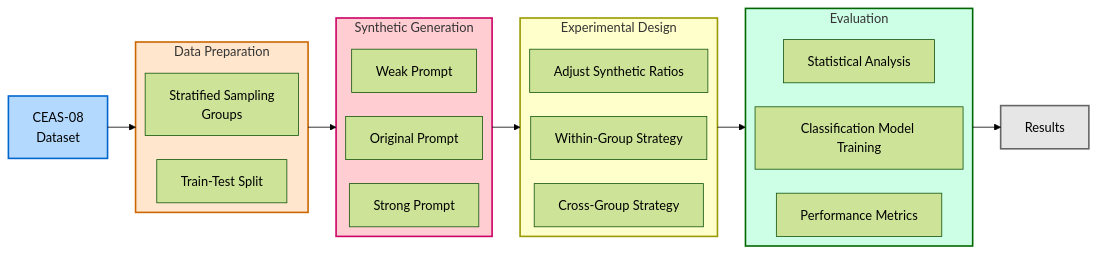
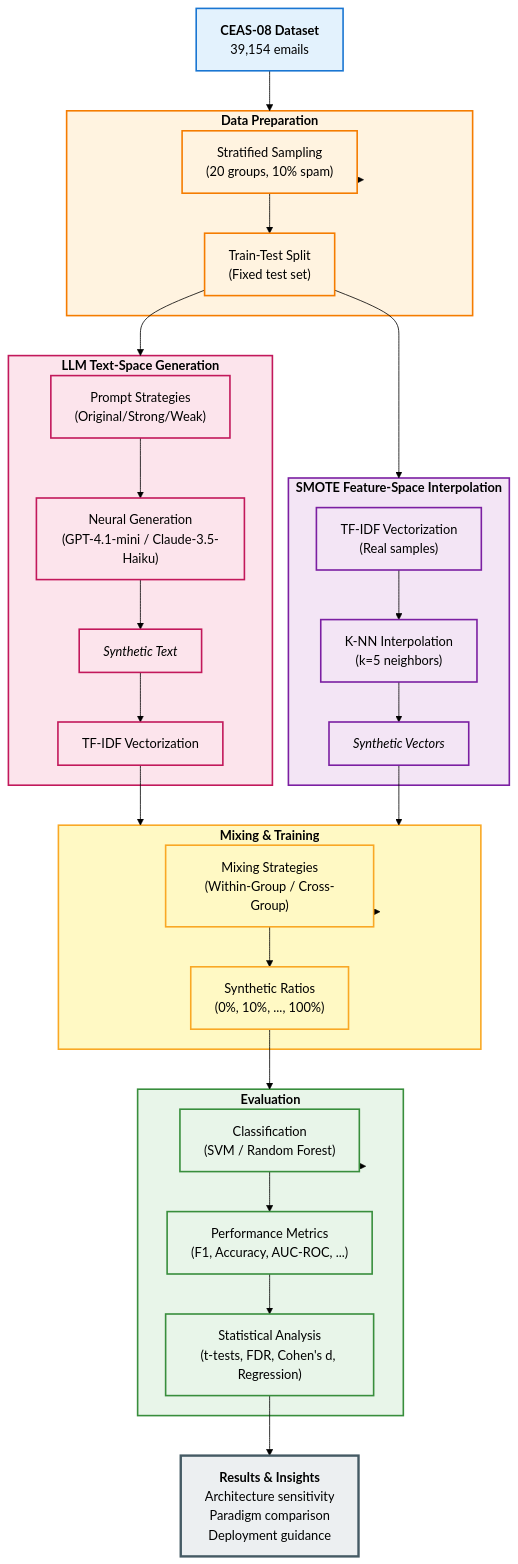
The diagram in paper/flowchart.md (knowledgeivy/cyberdatagen), drawn with Mermaid (forest theme) before and after one commit. The commit also changed other lines of this file, not shown here.

Commit message:
update flowchart

````diff
--- a/paper/flowchart.md
+++ b/paper/flowchart.md
@@ -5,38 +5,69 @@
 ```mermaid
----
-config:
-  layout: elk
----
-flowchart LR
- subgraph B["Data Preparation"]
-        B1["Stratified Sampling<br>Groups"]
-        B2["Train-Test Split"]
-  end
- subgraph C["Synthetic Generation"]
-        C1["Original Prompt"]
-        C2["Strong Prompt"]
-        C3["Weak Prompt"]
-  end
- subgraph D["Experimental Design"]
-        D1["Within-Group Strategy"]
-        D2["Cross-Group Strategy"]
-        D3["Adjust Synthetic Ratios"]
-  end
- subgraph E["Evaluation"]
-        E1["Classification Model Training<br>"]
-        E2["Performance Metrics"]
-        E3["Statistical Analysis"]
-  end
-    A["CEAS-08<br>Dataset"] --> B
-    B --> C
-    C --> D
-    D --> E
-    E --> F["Results"]
-    style A fill:#b3d9ff,stroke:#0066cc,stroke-width:2px
-    style B fill:#ffe6cc,stroke:#cc6600,stroke-width:2px
-    style C fill:#FFCDD2,stroke:#cc0066,stroke-width:2px
-    style D fill:#ffffcc,stroke:#999900,stroke-width:2px
-    style E fill:#ccffe6,stroke:#006600,stroke-width:2px
-    style F fill:#e6e6e6,stroke:#666666,stroke-width:2px
+flowchart TB
+    %% Data Source
+    A["<b>CEAS-08 Dataset</b><br/>39,154 emails"]
 
+    %% Data Preparation
+    subgraph Prep["<b>Data Preparation</b>"]
+        B1["Stratified Sampling<br/>(20 groups, 10% spam)"]
+        B2["Train-Test Split<br/>(Fixed test set)"]
+    end
+
+    %% Two Parallel Paths
+    subgraph LLM["<b>LLM Text-Space Generation</b>"]
+        C1["Prompt Strategies<br/>(Original/Strong/Weak)"]
+        C2["Neural Generation<br/>(GPT-4.1-mini / Claude-3.5-Haiku)"]
+        C3["<i>Synthetic Text</i>"]
+        C4["TF-IDF Vectorization"]
+    end
+
+    subgraph SMOTE["<b>SMOTE Feature-Space Interpolation</b>"]
+        D1["TF-IDF Vectorization<br/>(Real samples)"]
+        D2["K-NN Interpolation<br/>(k=5 neighbors)"]
+        D3["<i>Synthetic Vectors</i>"]
+    end
+
+    %% Mixing and Evaluation
+    subgraph Mix["<b>Mixing & Training</b>"]
+        E1["Mixing Strategies<br/>(Within-Group / Cross-Group)"]
+        E2["Synthetic Ratios<br/>(0%, 10%, ..., 100%)"]
+    end
+
+    subgraph Eval["<b>Evaluation</b>"]
+        F1["Classification<br/>(SVM / Random Forest)"]
+        F2["Performance Metrics<br/>(F1, Accuracy, AUC-ROC, ...)"]
+        F3["Statistical Analysis<br/>(t-tests, FDR, Cohen's d, Regression)"]
+    end
+
+    G["<b>Results & Insights</b><br/>Architecture sensitivity<br/>Paradigm comparison<br/>Deployment guidance"]
+
+    %% Flow connections
+    A --> Prep
+    Prep --> B1 --> B2
+
+    B2 --> LLM
+    B2 --> SMOTE
+
+    C1 --> C2 --> C3 --> C4 --> Mix
+    D1 --> D2 --> D3 --> Mix
+
+    Mix --> E1 --> E2 --> Eval
+    Eval --> F1 --> F2 --> F3 --> G
+
+    %% Styling
+    classDef dataStyle fill:#E3F2FD,stroke:#1976D2,stroke-width:2px,color:#000
+    classDef prepStyle fill:#FFF3E0,stroke:#F57C00,stroke-width:2px,color:#000
+    classDef llmStyle fill:#FCE4EC,stroke:#C2185B,stroke-width:2px,color:#000
+    classDef smoteStyle fill:#F3E5F5,stroke:#7B1FA2,stroke-width:2px,color:#000
+    classDef mixStyle fill:#FFF9C4,stroke:#F9A825,stroke-width:2px,color:#000
+    classDef evalStyle fill:#E8F5E9,stroke:#388E3C,stroke-width:2px,color:#000
+    classDef resultStyle fill:#ECEFF1,stroke:#455A64,stroke-width:3px,color:#000
+
+    class A dataStyle
+    class Prep,B1,B2 prepStyle
+    class LLM,C1,C2,C3,C4 llmStyle
+    class SMOTE,D1,D2,D3 smoteStyle
+    class Mix,E1,E2 mixStyle
+    class Eval,F1,F2,F3 evalStyle
+    class G resultStyle
 ```
````
